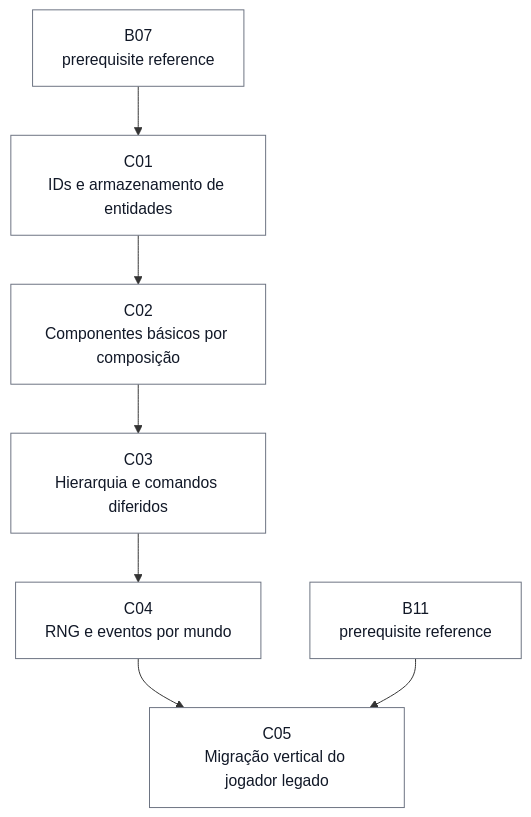
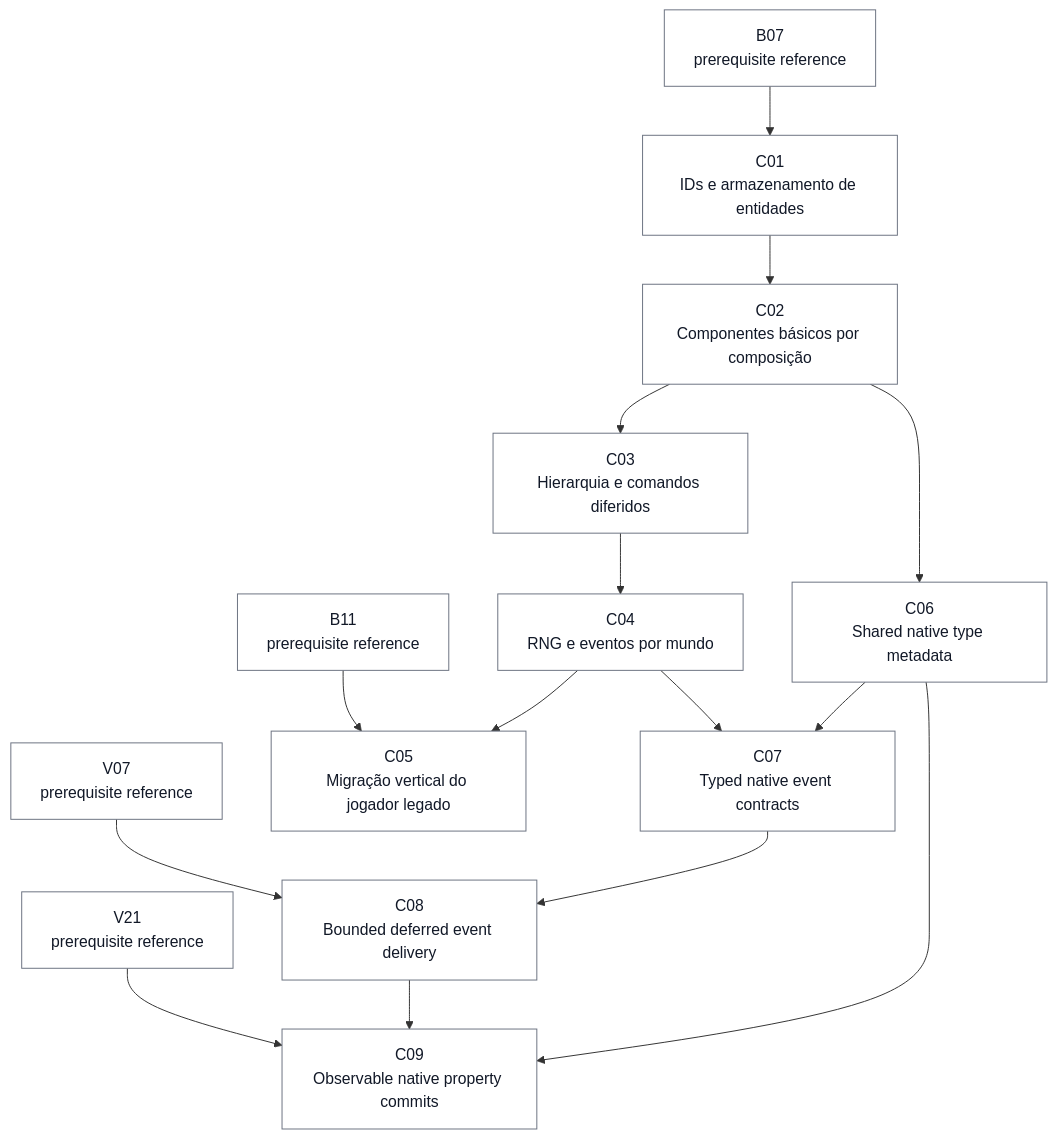
The fourth of 28 diagrams in docs/task-dependencies.md (ocarizr/spaceraiders), drawn with Mermaid before and after one commit. The commit also changed other lines of this file and 9 other files, not shown here.

````diff
--- a/docs/task-dependencies.md
+++ b/docs/task-dependencies.md
@@ -189,19 +189,33 @@
 ```mermaid
 flowchart TD
     ref_C_B07["B07<br/>prerequisite reference"]:::pending
     ref_C_B11["B11<br/>prerequisite reference"]:::pending
+    ref_C_V07["V07<br/>prerequisite reference"]:::pending
+    ref_C_V21["V21<br/>prerequisite reference"]:::pending
     C01["C01<br/>IDs e armazenamento de entidades"]:::pending
     C02["C02<br/>Componentes básicos por composição"]:::pending
     C03["C03<br/>Hierarquia e comandos diferidos"]:::pending
     C04["C04<br/>RNG e eventos por mundo"]:::pending
     C05["C05<br/>Migração vertical do jogador legado"]:::pending
+    C06["C06<br/>Shared native type metadata"]:::pending
+    C07["C07<br/>Typed native event contracts"]:::pending
+    C08["C08<br/>Bounded deferred event delivery"]:::pending
+    C09["C09<br/>Observable native property commits"]:::pending
     ref_C_B07 --> C01
     C01 --> C02
     C02 --> C03
     C03 --> C04
     C04 --> C05
     ref_C_B11 --> C05
+    C02 --> C06
+    C04 --> C07
+    C06 --> C07
+    C07 --> C08
+    ref_C_V07 --> C08
+    C08 --> C09
+    C06 --> C09
+    ref_C_V21 --> C09
     classDef pending fill:#ffffff,stroke:#6b7280,color:#111827
     classDef ready fill:#86efac,stroke:#166534,color:#111827
     classDef done fill:#f87171,stroke:#991b1b,color:#111827
 ```
````
